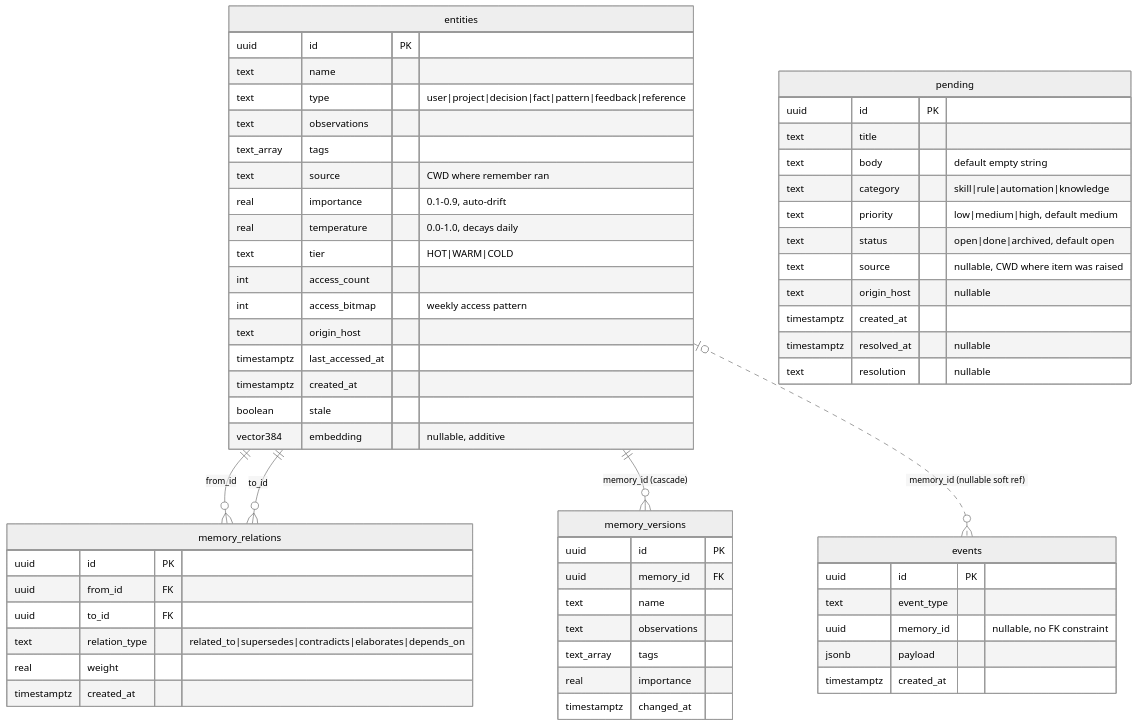
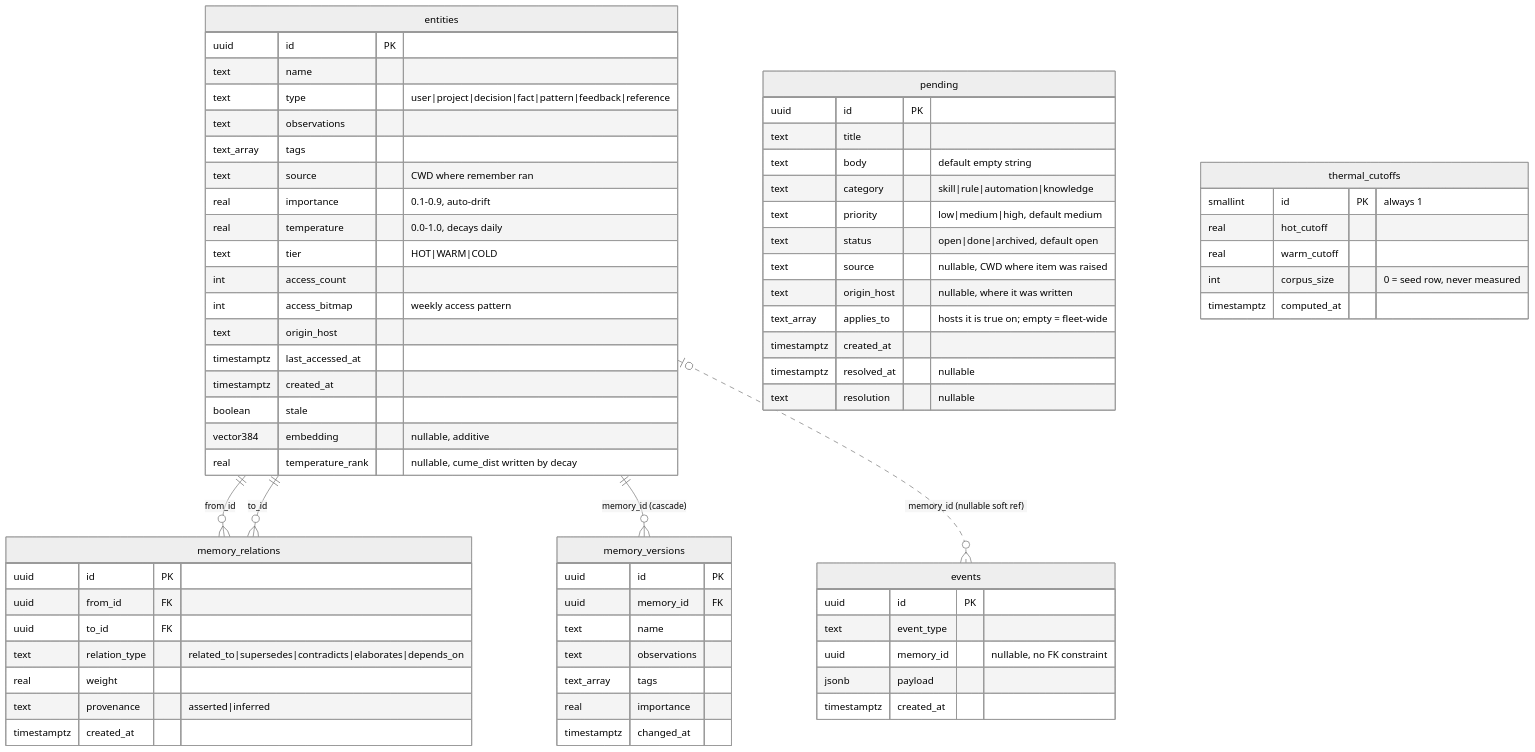
Before and after one commit to effecet/memory-persistor: the second of 2 diagrams in docs/architecture.md, drawn with Mermaid (neutral theme). The commit also changed other lines of this file and 10 other files, not shown here.

First line of the commit message:
[docs] feat: integration CI job, engine Makefile, README and architecture for the new surface

````diff
--- a/docs/architecture.md
+++ b/docs/architecture.md
@@ -86,67 +112,78 @@
 ```mermaid
 erDiagram
     entities ||--o{ memory_relations : "from_id"
     entities ||--o{ memory_relations : "to_id"
     entities ||--o{ memory_versions : "memory_id (cascade)"
     entities |o..o{ events : "memory_id (nullable soft ref)"
 
     entities {
         uuid id PK
         text name
         text type "user|project|decision|fact|pattern|feedback|reference"
         text observations
         text_array tags
         text source "CWD where remember ran"
         real importance "0.1-0.9, auto-drift"
         real temperature "0.0-1.0, decays daily"
         text tier "HOT|WARM|COLD"
         int access_count
         int access_bitmap "weekly access pattern"
         text origin_host
         timestamptz last_accessed_at
         timestamptz created_at
         boolean stale
         vector384 embedding "nullable, additive"
+        real temperature_rank "nullable, cume_dist written by decay"
     }
 
     memory_relations {
         uuid id PK
         uuid from_id FK
         uuid to_id FK
         text relation_type "related_to|supersedes|contradicts|elaborates|depends_on"
         real weight
+        text provenance "asserted|inferred"
         timestamptz created_at
     }
 
     memory_versions {
         uuid id PK
         uuid memory_id FK
         text name
         text observations
         text_array tags
         real importance
         timestamptz changed_at
     }
 
     events {
         uuid id PK
         text event_type
         uuid memory_id "nullable, no FK constraint"
         jsonb payload
         timestamptz created_at
     }
 
     pending {
         uuid id PK
         text title
         text body "default empty string"
         text category "skill|rule|automation|knowledge"
         text priority "low|medium|high, default medium"
         text status "open|done|archived, default open"
         text source "nullable, CWD where item was raised"
-        text origin_host "nullable"
+        text origin_host "nullable, where it was written"
+        text_array applies_to "hosts it is true on; empty = fleet-wide"
         timestamptz created_at
         timestamptz resolved_at "nullable"
         text resolution "nullable"
     }
+
+    thermal_cutoffs {
+        smallint id PK "always 1"
+        real hot_cutoff
+        real warm_cutoff
+        int corpus_size "0 = seed row, never measured"
+        timestamptz computed_at
+    }
 ```
````
